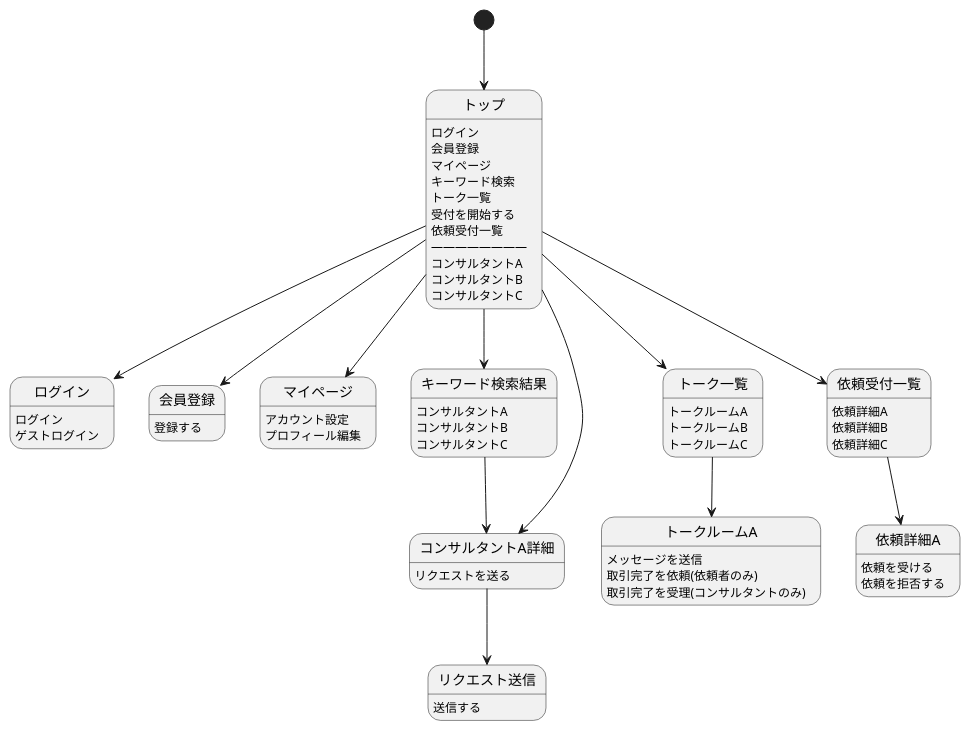
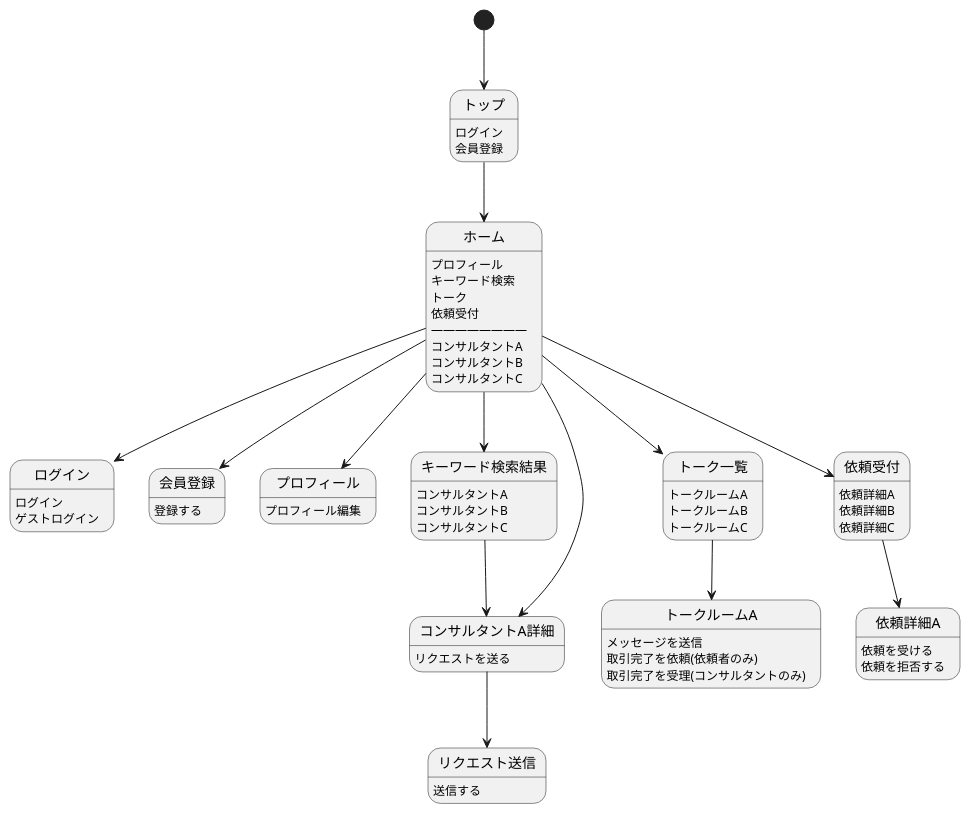
One commit to nobukofu69/origin-idea changed the diagram in documents/screen_flow_diagram.pu. Above: the diagram before and after it, drawn with PlantUML. The commit also changed 1 other file, not shown here.

Commit message:
screen_fow_diagram再作成

```diff
--- a/documents/screen_flow_diagram.pu
+++ b/documents/screen_flow_diagram.pu
@@ -1,58 +1,59 @@
 @startuml
 
 [*] --> トップ
 トップ : ログイン
 トップ : 会員登録
-トップ : マイページ
-トップ : キーワード検索
-トップ : トーク一覧
-トップ : 受付を開始する
-トップ : 依頼受付一覧
-トップ : ――――――――
-トップ : コンサルタントA
-トップ : コンサルタントB
-トップ : コンサルタントC
-トップ --> ログイン
-トップ --> 会員登録
-トップ --> マイページ
-トップ --> キーワード検索結果
-トップ --> トーク一覧
-トップ --> 依頼受付一覧
-トップ --> コンサルタントA詳細
+
+トップ --> ホーム
+
+ホーム : プロフィール
+ホーム : キーワード検索
+ホーム : トーク
+ホーム : 依頼受付
+ホーム : ――――――――
+ホーム : コンサルタントA
+ホーム : コンサルタントB
+ホーム : コンサルタントC
+ホーム --> ログイン
+ホーム --> 会員登録
+ホーム --> プロフィール
+ホーム --> キーワード検索結果
+ホーム --> トーク一覧
+ホーム --> 依頼受付
+ホーム --> コンサルタントA詳細
 
 ログイン : ログイン
 ログイン : ゲストログイン
 
 会員登録 : 登録する
 
-マイページ : アカウント設定
-マイページ : プロフィール編集
+プロフィール : プロフィール編集
 
 キーワード検索結果: コンサルタントA
 キーワード検索結果: コンサルタントB
 キーワード検索結果: コンサルタントC
 キーワード検索結果 --> コンサルタントA詳細
 
 コンサルタントA詳細 : リクエストを送る
 コンサルタントA詳細 --> リクエスト送信
 
 リクエスト送信 : 送信する
 
 トーク一覧 :トークルームA
 トーク一覧 :トークルームB
 トーク一覧 :トークルームC
 トーク一覧 --> トークルームA
 
 トークルームA : メッセージを送信
 トークルームA : 取引完了を依頼(依頼者のみ)
 トークルームA : 取引完了を受理(コンサルタントのみ)
 
-依頼受付一覧 : 依頼詳細A
-依頼受付一覧 : 依頼詳細B
-依頼受付一覧 : 依頼詳細C
-依頼受付一覧 --> 依頼詳細A
+依頼受付 : 依頼詳細A
+依頼受付 : 依頼詳細B
+依頼受付 : 依頼詳細C
+依頼受付 --> 依頼詳細A
 
 依頼詳細A : 依頼を受ける
 依頼詳細A : 依頼を拒否する
 
 @enduml
```
